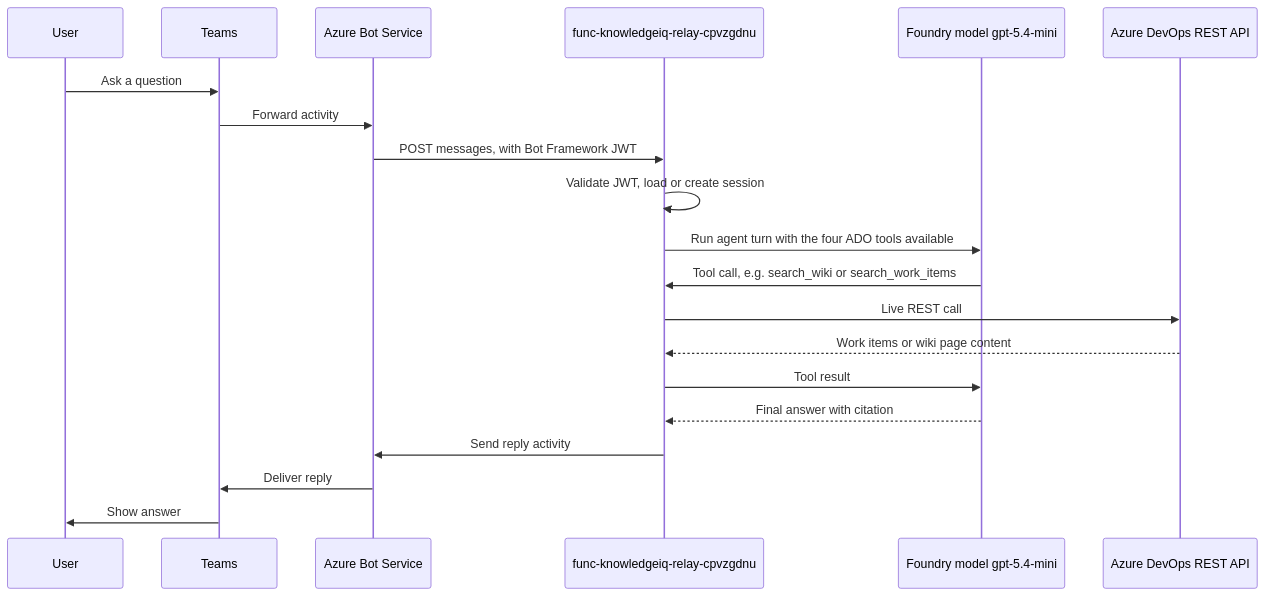
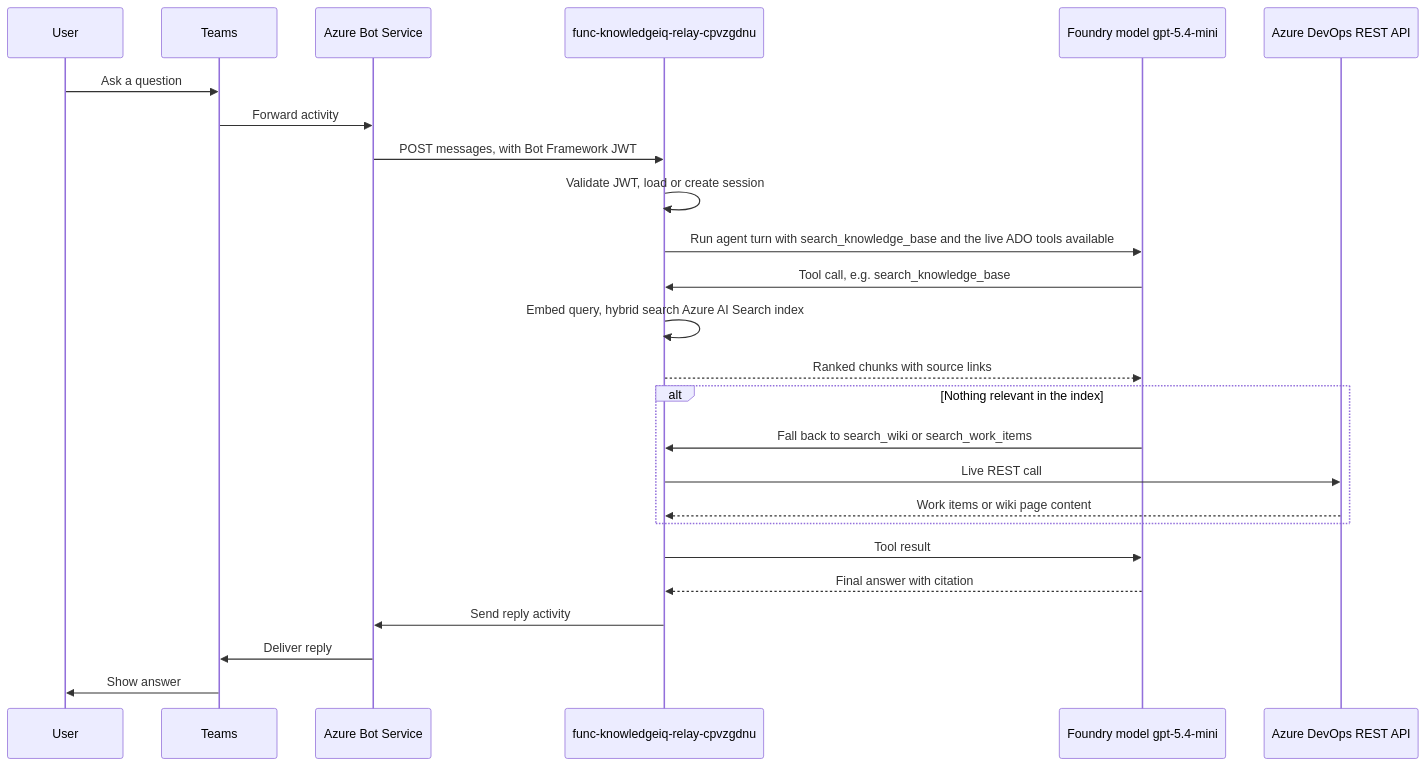
The second of 4 diagrams in docs/architecture.md (madhurshukla23/Migration-Knowledge-IQ), drawn with Mermaid before and after one commit. The commit also changed other lines of this file and 4 other files, not shown here.

Commit message:
Implement Azure AI Search indexing for work items and wiki pages; add search functionality and scheduled reindexing

````diff
--- a/docs/architecture.md
+++ b/docs/architecture.md
@@ -200,23 +205,28 @@
 ```mermaid
 sequenceDiagram
     participant User
     participant Teams
     participant BotService as Azure Bot Service
     participant Function as func-knowledgeiq-relay-cpvzgdnu
     participant Model as Foundry model gpt-5.4-mini
     participant ADO as Azure DevOps REST API
 
     User->>Teams: Ask a question
     Teams->>BotService: Forward activity
     BotService->>Function: POST messages, with Bot Framework JWT
     Function->>Function: Validate JWT, load or create session
-    Function->>Model: Run agent turn with the four ADO tools available
-    Model->>Function: Tool call, e.g. search_wiki or search_work_items
-    Function->>ADO: Live REST call
-    ADO-->>Function: Work items or wiki page content
+    Function->>Model: Run agent turn with search_knowledge_base and the live ADO tools available
+    Model->>Function: Tool call, e.g. search_knowledge_base
+    Function->>Function: Embed query, hybrid search Azure AI Search index
+    Function-->>Model: Ranked chunks with source links
+    alt Nothing relevant in the index
+        Model->>Function: Fall back to search_wiki or search_work_items
+        Function->>ADO: Live REST call
+        ADO-->>Function: Work items or wiki page content
+    end
     Function->>Model: Tool result
     Model-->>Function: Final answer with citation
     Function->>BotService: Send reply activity
     BotService->>Teams: Deliver reply
     Teams->>User: Show answer
 ```
````
